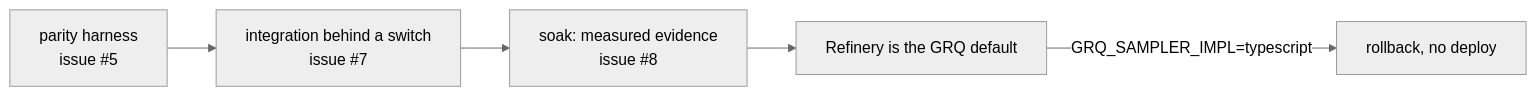
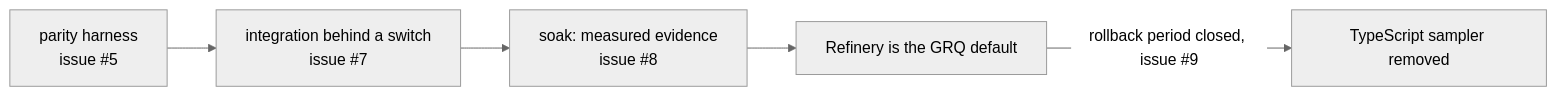
The diagram in docs/production-soak.md (stSoftwareAU/NEAT-AI-Refinery), drawn with Mermaid (neutral theme) before and after one commit. The commit also changed other lines of this file and 7 other files, not shown here.

First line of the commit message:
Document the removal of GRQ's TypeScript sampler and its rollback switch (Issue #9) (#39)

````diff
--- a/docs/production-soak.md
+++ b/docs/production-soak.md
@@ -10,7 +11,7 @@
 ```mermaid
 flowchart LR
     P[parity harness<br/>issue #5] --> I[integration behind a switch<br/>issue #7]
     I --> S[soak: measured evidence<br/>issue #8]
     S --> D[Refinery is the GRQ default]
-    D -->|GRQ_SAMPLER_IMPL=typescript| R[rollback, no deploy]
+    D -->|rollback period closed, issue #9| R[TypeScript sampler removed]
 ```
````
